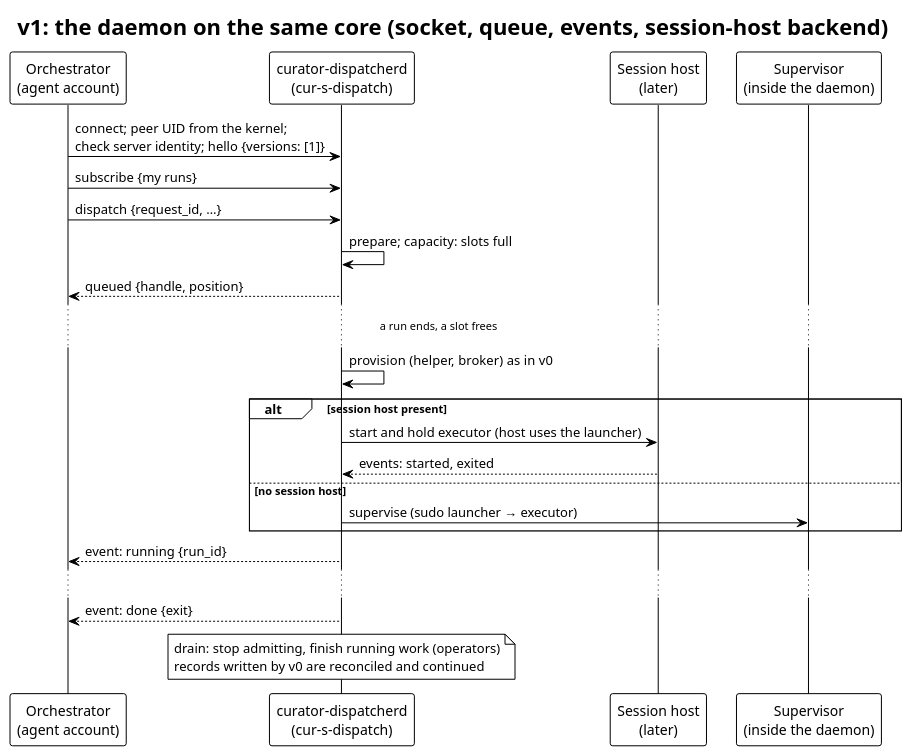
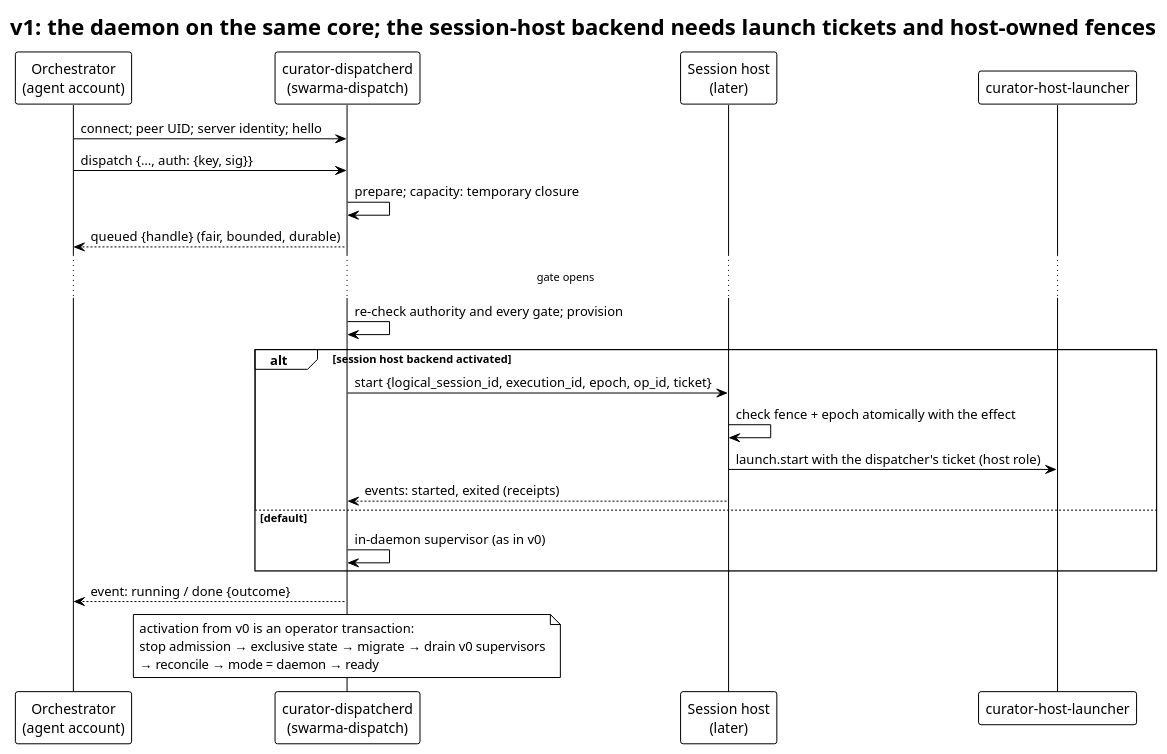
Before and after one commit to relux-works/curator-dispatcher: the diagram in diagrams/v1-daemon.puml, drawn with PlantUML. The commit also changed 5 other files, not shown here.

First line of the commit message:
Revise the dispatcher after the architecture review (v0.2)

```diff
--- a/diagrams/v1-daemon.puml
+++ b/diagrams/v1-daemon.puml
@@ -1,30 +1,30 @@
 @startuml v1-daemon
 !theme plain
-title v1: the daemon on the same core (socket, queue, events, session-host backend)
+title v1: the daemon on the same core; the session-host backend needs launch tickets and host-owned fences
 
 participant "Orchestrator\n(agent account)" as O
-participant "curator-dispatcherd\n(cur-s-dispatch)" as D
+participant "curator-dispatcherd\n(swarma-dispatch)" as D
 participant "Session host\n(later)" as SH
-participant "Supervisor\n(inside the daemon)" as S
+participant "curator-host-launcher" as L
 
-O -> D : connect; peer UID from the kernel;\ncheck server identity; hello {versions: [1]}
-O -> D : subscribe {my runs}
-O -> D : dispatch {request_id, …}
-D -> D : prepare; capacity: slots full
-D --> O : queued {handle, position}
-... a run ends, a slot frees ...
-D -> D : provision (helper, broker) as in v0
-alt session host present
-  D -> SH : start and hold executor (host uses the launcher)
-  SH --> D : events: started, exited
-else no session host
-  D -> S : supervise (sudo launcher → executor)
+O -> D : connect; peer UID; server identity; hello
+O -> D : dispatch {…, auth: {key, sig}}
+D -> D : prepare; capacity: temporary closure
+D --> O : queued {handle} (fair, bounded, durable)
+... gate opens ...
+D -> D : re-check authority and every gate; provision
+alt session host backend activated
+  D -> SH : start {logical_session_id, execution_id, epoch, op_id, ticket}
+  SH -> SH : check fence + epoch atomically with the effect
+  SH -> L : launch.start with the dispatcher's ticket (host role)
+  SH --> D : events: started, exited (receipts)
+else default
+  D -> D : in-daemon supervisor (as in v0)
 end
-D --> O : event: running {run_id}
-... 
-D --> O : event: done {exit}
+D --> O : event: running / done {outcome}
 note over D
-  drain: stop admitting, finish running work (operators)
-  records written by v0 are reconciled and continued
+  activation from v0 is an operator transaction:
+  stop admission → exclusive state → migrate → drain v0 supervisors
+  → reconcile → mode = daemon → ready
 end note
 @enduml
```
